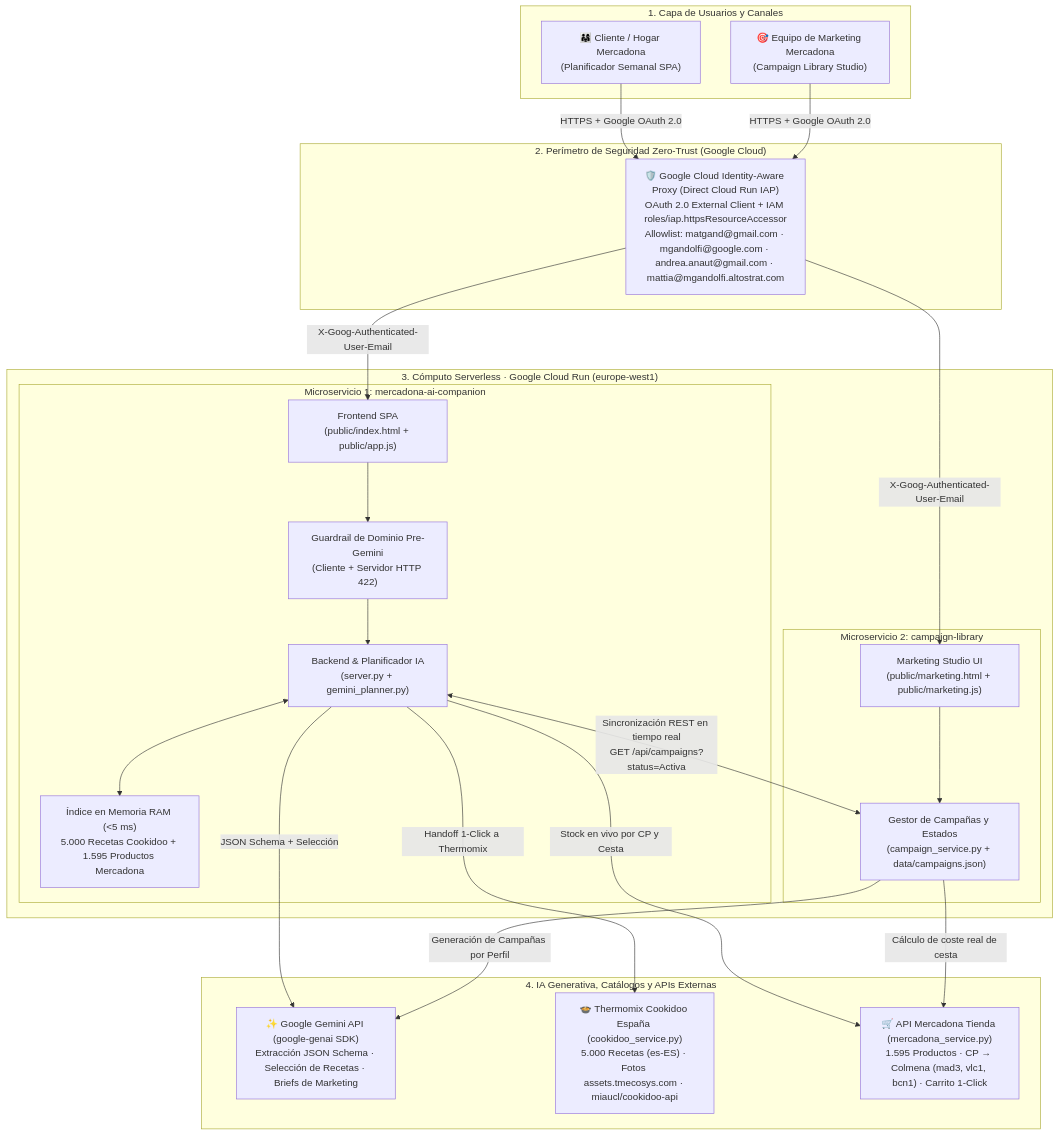
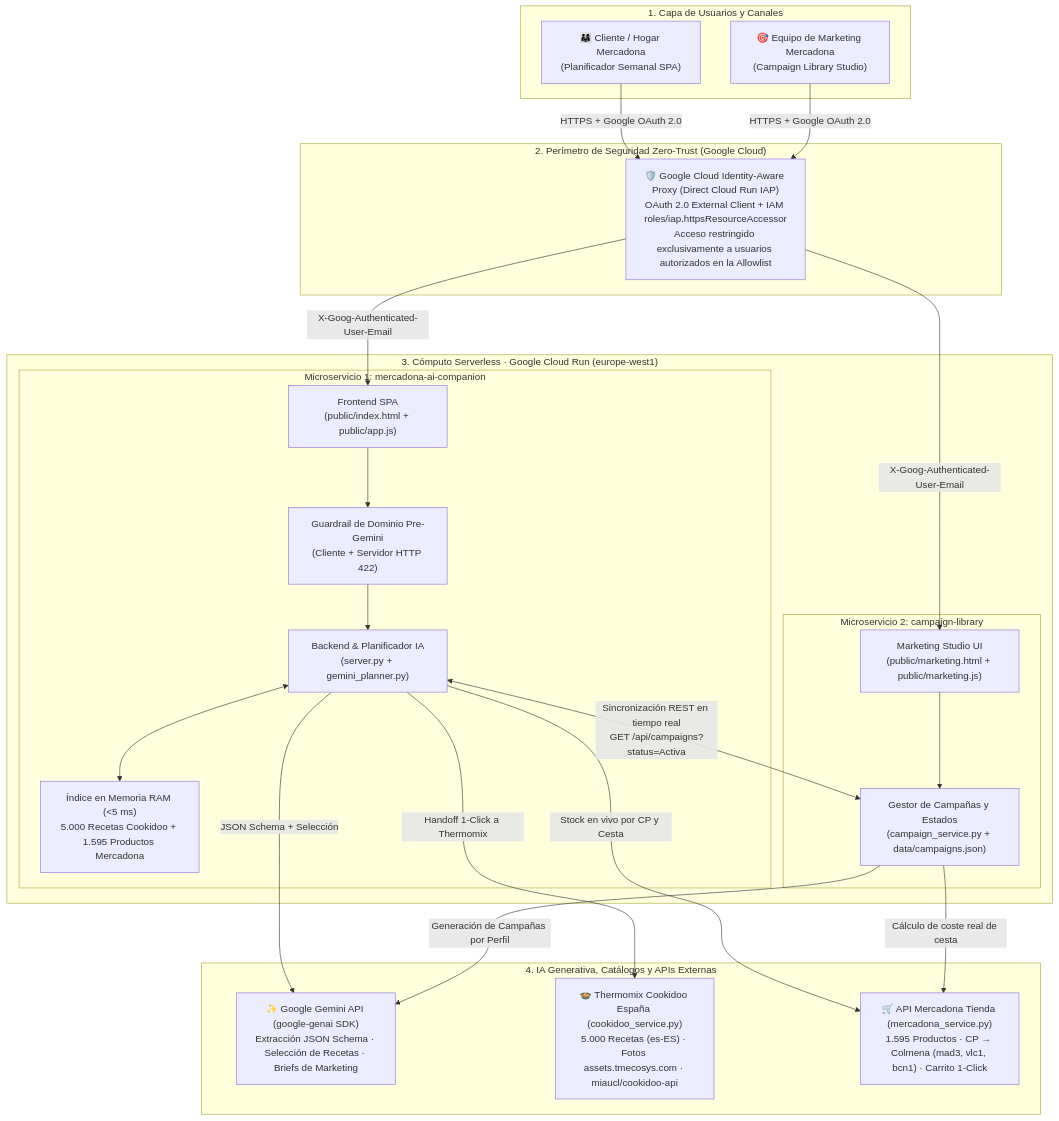
The diagram in README.md (matgand/mercadona-ai-companion), drawn with Mermaid before and after one commit. The commit also changed other lines of this file and 2 other files, not shown here.

Commit message:
Remove authorized user email addresses from public architecture diagram and README

````diff
--- a/README.md
+++ b/README.md
@@ -13,47 +13,47 @@
 ```mermaid
 flowchart TB
   subgraph Users["1. Capa de Usuarios y Canales"]
     FAM["👨‍👩‍👧 Cliente / Hogar Mercadona<br/>(Planificador Semanal SPA)"]
     MKT["🎯 Equipo de Marketing Mercadona<br/>(Campaign Library Studio)"]
   end
 
   subgraph Security["2. Perímetro de Seguridad Zero-Trust (Google Cloud)"]
-    IAP["🛡️ Google Cloud Identity-Aware Proxy (Direct Cloud Run IAP)<br/>OAuth 2.0 External Client + IAM roles/iap.httpsResourceAccessor<br/>Allowlist: matgand@gmail.com · mgandolfi@google.com · andrea.anaut@gmail.com · mattia@mgandolfi.altostrat.com"]
+    IAP["🛡️ Google Cloud Identity-Aware Proxy (Direct Cloud Run IAP)<br/>OAuth 2.0 External Client + IAM roles/iap.httpsResourceAccessor<br/>Acceso restringido exclusivamente a usuarios autorizados en la Allowlist"]
   end
 
   subgraph CloudRun["3. Cómputo Serverless · Google Cloud Run (europe-west1)"]
     subgraph MS1["Microservicio 1: mercadona-ai-companion"]
       UI1["Frontend SPA<br/>(public/index.html + public/app.js)"]
       GUARD["Guardrail de Dominio Pre-Gemini<br/>(Cliente + Servidor HTTP 422)"]
       API1["Backend & Planificador IA<br/>(server.py + gemini_planner.py)"]
       CACHE["Índice en Memoria RAM (<5 ms)<br/>5.000 Recetas Cookidoo + 1.595 Productos Mercadona"]
     end
 
     subgraph MS2["Microservicio 2: campaign-library"]
       UI2["Marketing Studio UI<br/>(public/marketing.html + public/marketing.js)"]
       API2["Gestor de Campañas y Estados<br/>(campaign_service.py + data/campaigns.json)"]
     end
   end
 
   subgraph External["4. IA Generativa, Catálogos y APIs Externas"]
     GEMINI["✨ Google Gemini API (google-genai SDK)<br/>Extracción JSON Schema · Selección de Recetas · Briefs de Marketing"]
     COOKIDOO["🍲 Thermomix Cookidoo España (cookidoo_service.py)<br/>5.000 Recetas (es-ES) · Fotos assets.tmecosys.com · miaucl/cookidoo-api"]
     MERCADONA["🛒 API Mercadona Tienda (mercadona_service.py)<br/>1.595 Productos · CP → Colmena (mad3, vlc1, bcn1) · Carrito 1-Click"]
   end
 
   FAM -->|"HTTPS + Google OAuth 2.0"| IAP
   MKT -->|"HTTPS + Google OAuth 2.0"| IAP
   IAP -->|"X-Goog-Authenticated-User-Email"| UI1
   IAP -->|"X-Goog-Authenticated-User-Email"| UI2
 
   UI1 --> GUARD --> API1
   API1 <--> CACHE
   UI2 --> API2
   API1 <-->|"Sincronización REST en tiempo real<br/>GET /api/campaigns?status=Activa"| API2
 
   API1 -->|"JSON Schema + Selección"| GEMINI
   API2 -->|"Generación de Campañas por Perfil"| GEMINI
   API1 -->|"Handoff 1-Click a Thermomix"| COOKIDOO
   API1 -->|"Stock en vivo por CP y Cesta"| MERCADONA
   API2 -->|"Cálculo de coste real de cesta"| MERCADONA
 ```
````
